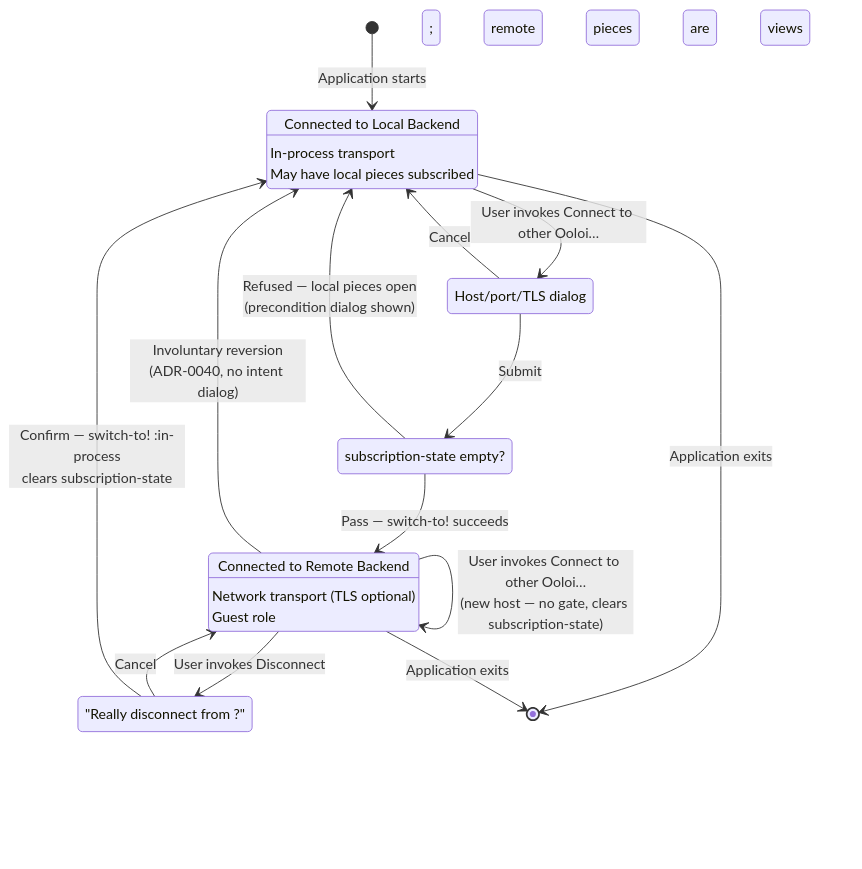
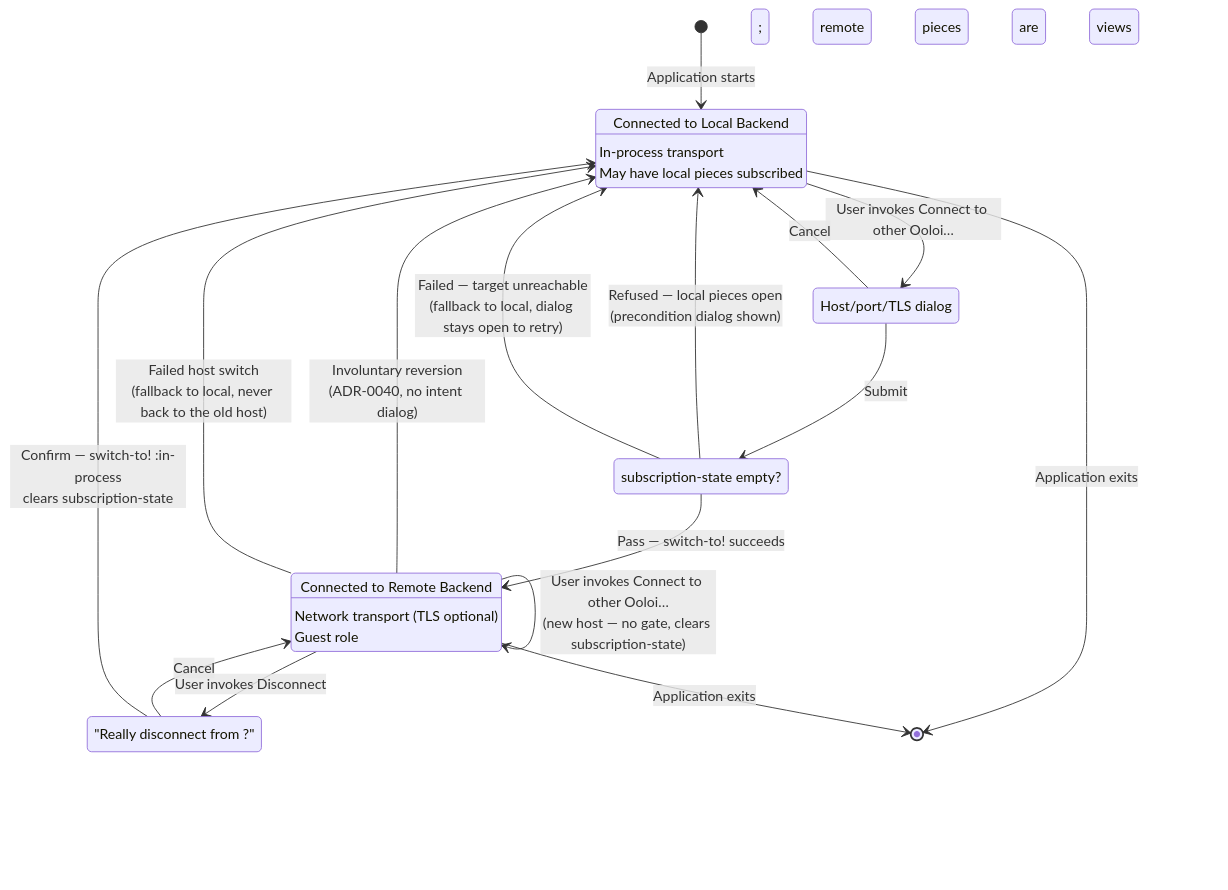
One commit to PeterBengtson/Ooloi-docs changed the second of 3 diagrams in ADRs/0036-Collaborative-Sessions-and-Hybrid-Transport.md. Above: the diagram before and after it, drawn with Mermaid. The commit also changed other lines of this file and 49 other files, not shown here.

````diff
--- a/ADRs/0036-Collaborative-Sessions-and-Hybrid-Transport.md
+++ b/ADRs/0036-Collaborative-Sessions-and-Hybrid-Transport.md
@@ -239,34 +249,37 @@
 ```mermaid
 stateDiagram-v2
     [*] --> LocalWork: Application starts
     LocalWork: Connected to Local Backend
     LocalWork: In-process transport
     LocalWork: May have local pieces subscribed
 
     LocalWork --> ConnectIntent: User invokes Connect to other Ooloi…
     ConnectIntent: Host/port/TLS dialog
     ConnectIntent --> LocalWork: Cancel
 
     ConnectIntent --> OutboundGate: Submit
     OutboundGate: subscription-state empty?
 
     OutboundGate --> LocalWork: Refused — local pieces open<br/>(precondition dialog shown)
+    OutboundGate --> LocalWork: Failed — target unreachable<br/>(fallback to local, dialog stays open to retry)
     OutboundGate --> RemoteCollaboration: Pass — switch-to! succeeds
 
     RemoteCollaboration: Connected to Remote Backend
     RemoteCollaboration: Network transport (TLS optional)
     RemoteCollaboration: Guest role; remote pieces are views
 
     RemoteCollaboration --> DisconnectIntent: User invokes Disconnect
     DisconnectIntent: "Really disconnect from <host>?"
     DisconnectIntent --> RemoteCollaboration: Cancel
 
     DisconnectIntent --> LocalWork: Confirm — switch-to! :in-process<br/>clears subscription-state
 
     RemoteCollaboration --> LocalWork: Involuntary reversion<br/>(ADR-0040, no intent dialog)
 
     RemoteCollaboration --> RemoteCollaboration: User invokes Connect to other Ooloi…<br/>(new host — no gate, clears subscription-state)
 
+    RemoteCollaboration --> LocalWork: Failed host switch<br/>(fallback to local, never back to the old host)
+
     LocalWork --> [*]: Application exits
     RemoteCollaboration --> [*]: Application exits
 ```
````
